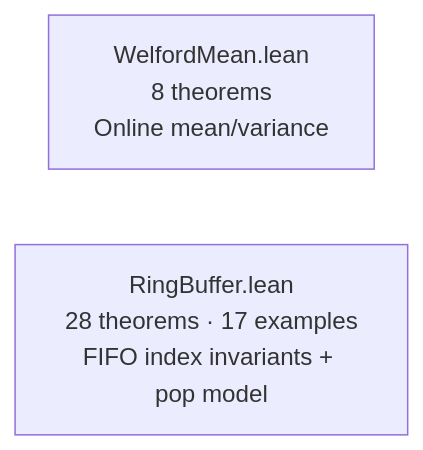
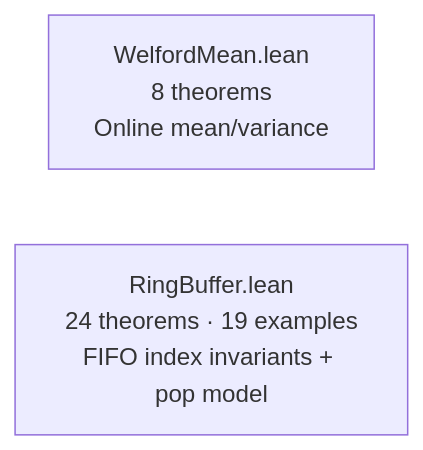
The sixth of 11 diagrams in formal-verification/REPORT.md (dsyme/PX4-Autopilot), drawn with Mermaid before and after one commit. The commit also changed other lines of this file and 1 other file, not shown here.

````diff
--- a/formal-verification/REPORT.md
+++ b/formal-verification/REPORT.md
@@ -129,5 +143,5 @@
 ```mermaid
 graph LR
     WM["WelfordMean.lean<br/>8 theorems<br/>Online mean/variance"]
-    RB["RingBuffer.lean<br/>28 theorems · 17 examples<br/>FIFO index invariants + pop model"]
+    RB["RingBuffer.lean<br/>24 theorems · 19 examples<br/>FIFO index invariants + pop model"]
 ```
````
